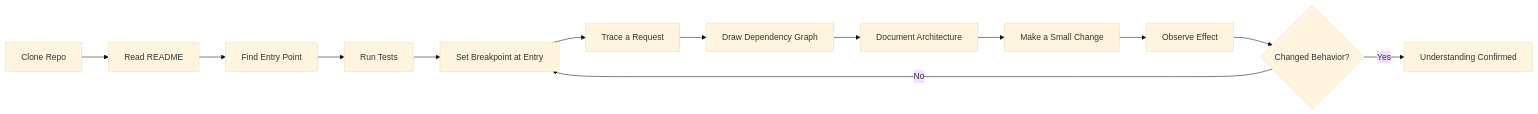
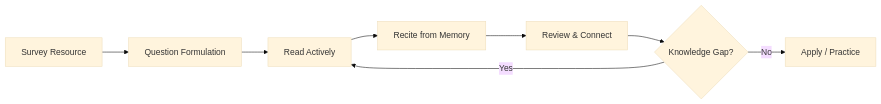
One commit to Raushan666java/ai-engineering-journey changed the diagram in docs/courses/learning-how-to-learn-practical/ch-06-learning-from-code.md. Above: the diagram before and after it, drawn with Mermaid (base theme). The commit also changed other lines of this file and 14 other files, not shown here.

````diff
--- a/docs/courses/learning-how-to-learn-practical/ch-06-learning-from-code.md
+++ b/docs/courses/learning-how-to-learn-practical/ch-06-learning-from-code.md
@@ -18,15 +18,10 @@
 ```mermaid
 flowchart LR
-    A[Clone Repo] --> B[Read README]
-    B --> C[Find Entry Point]
-    C --> D[Run Tests]
-    D --> E[Set Breakpoint at Entry]
-    E --> F[Trace a Request]
-    F --> G[Draw Dependency Graph]
-    G --> H[Document Architecture]
-    H --> I[Make a Small Change]
-    I --> J[Observe Effect]
-    J --> K{Changed Behavior?}
-    K -->|Yes| L[Understanding Confirmed]
-    K -->|No| E
+    A[Survey Resource] --> B[Question Formulation]
+    B --> C[Read Actively]
+    C --> D[Recite from Memory]
+    D --> E[Review & Connect]
+    E --> F{Knowledge Gap?}
+    F -->|Yes| C
+    F -->|No| G[Apply / Practice]
 ```
````
